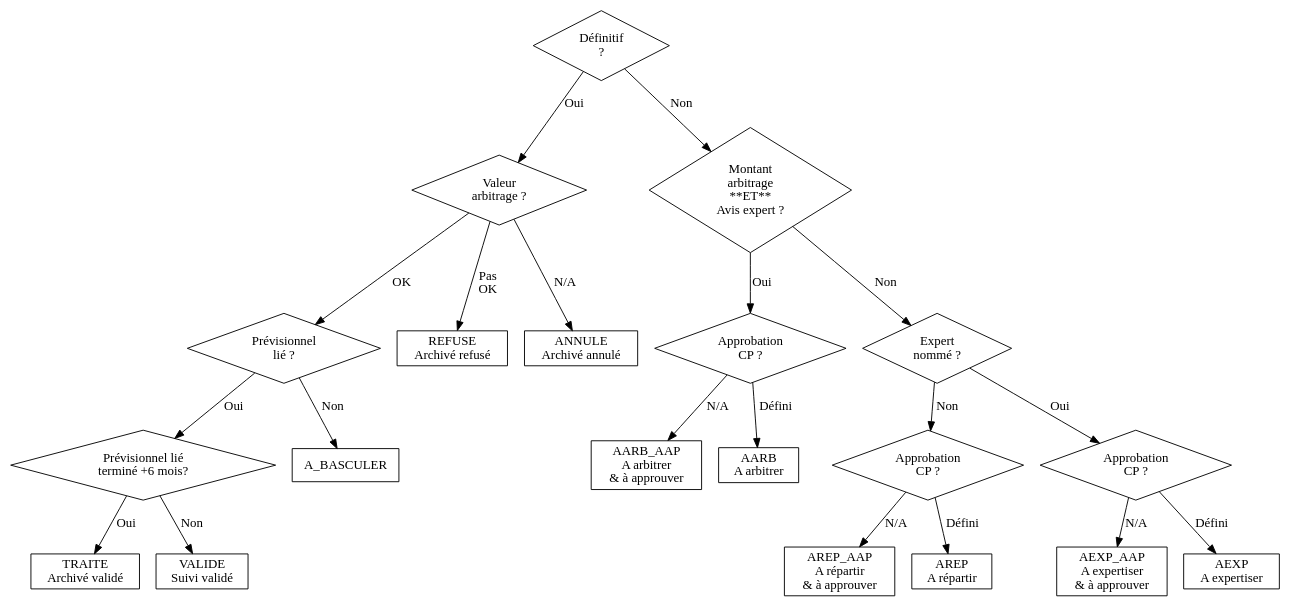
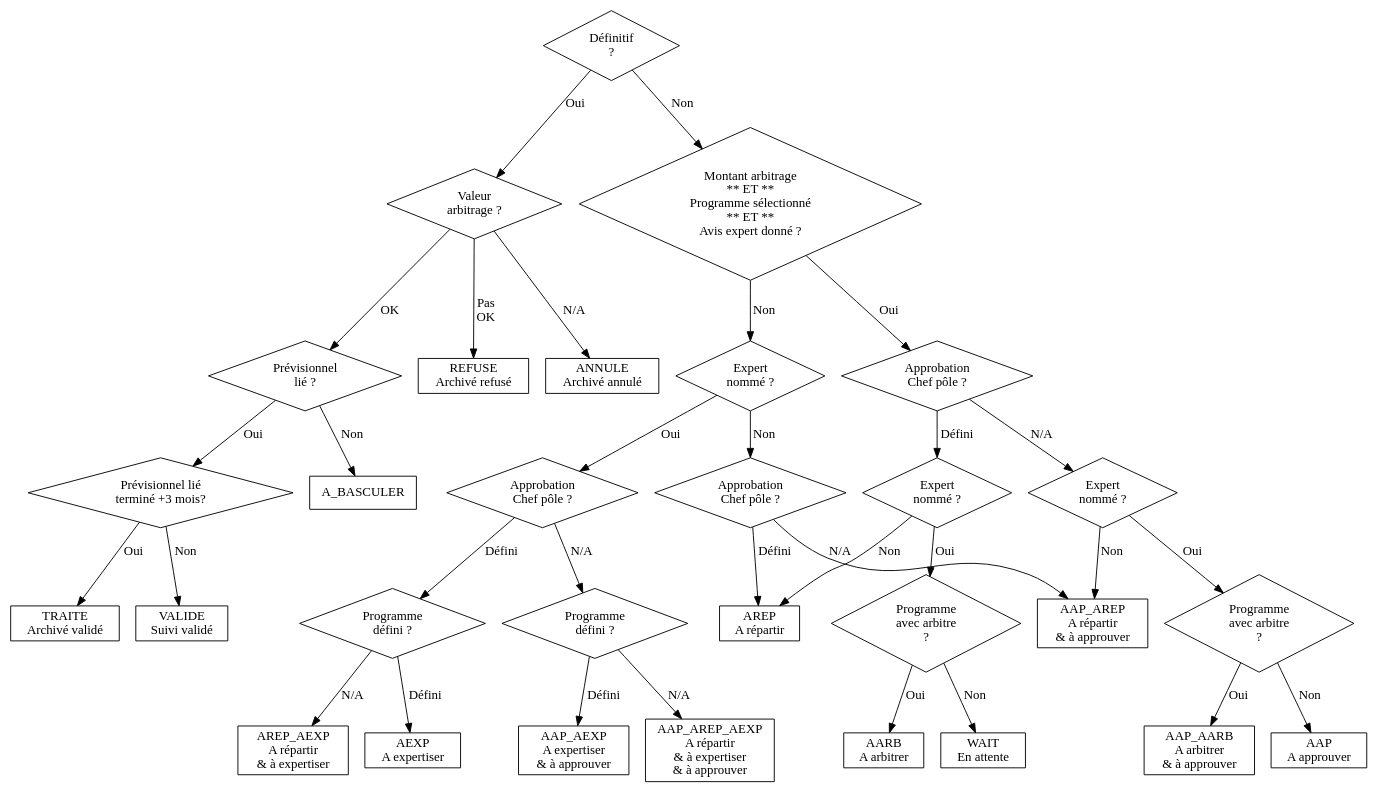
Before and after one commit to ajaborsk/biomaid: the diagram in dem/docs/internals/dem_states.gv, drawn with Graphviz. The commit also changed 5 other files, not shown here.

```diff
--- a/dem/docs/internals/dem_states.gv
+++ b/dem/docs/internals/dem_states.gv
@@ -1,41 +1,63 @@
 digraph  {
     gel [shape=diamond, label="Définitif\n?"];
     arb_val [shape=diamond, label="Valeur\narbitrage ?"];
     prev_not_null [shape=diamond, label="Prévisionnel\nlié ?"];
-    prev_fini_6 [shape=diamond, label="Prévisionnel lié\nterminé +6 mois?"];
+    prev_fini_3 [shape=diamond, label="Prévisionnel lié\nterminé +3 mois?"];
     REFUSE [shape=rect, label="REFUSE\nArchivé refusé"];
     ANNULE [shape=rect, label="ANNULE\nArchivé annulé"];
     TRAITE [shape=rect, label="TRAITE\nArchivé validé"];
     VALIDE [shape=rect, label="VALIDE\nSuivi validé"];
     A_BASCULER [shape=rect];
     gel -> arb_val [label="Oui"];
     arb_val -> REFUSE [label="Pas\nOK"];
     arb_val -> ANNULE [label="N/A"];
     arb_val -> prev_not_null [label="OK"];
-    prev_not_null -> prev_fini_6 [label="Oui"];
+    prev_not_null -> prev_fini_3 [label="Oui"];
     prev_not_null -> A_BASCULER [label = "Non"];
-    prev_fini_6 -> VALIDE [label="Non"]
-    prev_fini_6 -> TRAITE [label="Oui"]
-    AREP_AAP [shape=box, label="AREP_AAP\nA répartir\n& à approuver"]
-    AARB_AAP [shape=box, label="AARB_AAP\nA arbitrer\n& à approuver"]
-    AEXP_AAP [shape=box, label="AEXP_AAP\nA expertiser\n& à approuver"]
+    prev_fini_3 -> VALIDE [label="Non"]
+    prev_fini_3 -> TRAITE [label="Oui"]
+    AAP_AREP [shape=box, label="AAP_AREP\nA répartir\n& à approuver"]
+    AAP_AARB [shape=box, label="AAP_AARB\nA arbitrer\n& à approuver"]
+    AAP_AEXP [shape=box, label="AAP_AEXP\nA expertiser\n& à approuver"]
+    AREP_AEXP [shape=box, label="AREP_AEXP\nA répartir\n& à expertiser"]
+    AAP_AREP_AEXP [shape=box, label="AAP_AREP_AEXP\nA répartir\n& à expertiser\n& à approuver"]
     AREP [shape=box, label="AREP\nA répartir"]
     AARB [shape=box, label="AARB\nA arbitrer"]
     AEXP [shape=box, label="AEXP\nA expertiser"]
-    approbation_1 [shape=diamond, label="Approbation\nCP ?"]
-    approbation_2 [shape=diamond, label="Approbation\nCP ?"]
-    approbation_3 [shape=diamond, label="Approbation\nCP ?"]
-    expert [shape=diamond, label="Expert\nnommé ?"];
-    montant_arb_and_avis_defined [shape=diamond, label="Montant\narbitrage\n**ET**\nAvis expert ?"]
+    WAIT [shape=box, label="WAIT\nEn attente"]
+    AAP [shape=box, label="AAP\nA approuver"]
+    approbation_1 [shape=diamond, label="Approbation\nChef pôle ?"]
+    approbation_2 [shape=diamond, label="Approbation\nChef pôle ?"]
+    approbation_3 [shape=diamond, label="Approbation\nChef pôle ?"]
+    expert_1 [shape=diamond, label="Expert\nnommé ?"];
+    expert_2 [shape=diamond, label="Expert\nnommé ?"];
+    expert_3 [shape=diamond, label="Expert\nnommé ?"];
+    montant_arb_and_avis_defined [shape=diamond, label="Montant arbitrage\n** ET **\nProgramme sélectionné\n** ET **\nAvis expert donné ?"]
     gel -> montant_arb_and_avis_defined [label="Non"];
-    montant_arb_and_avis_defined -> expert [label="Non"];
+    montant_arb_and_avis_defined -> expert_1 [label="Non"];
     montant_arb_and_avis_defined -> approbation_1 [label = "Oui"]
-    expert -> approbation_2 [label="Non"];
-    expert -> approbation_3 [label="Oui"];
-    approbation_1 -> AARB [label="Défini"];
-    approbation_1 -> AARB_AAP [label="N/A"];
+    expert_1 -> approbation_2 [label="Non"];
+    expert_1 -> approbation_3 [label="Oui"];
+    arbitre_1 [shape=diamond, label="Programme\navec arbitre\n?"];
+    arbitre_2 [shape=diamond, label="Programme\navec arbitre\n?"];
+    approbation_1 -> expert_2 [label="Défini"];
+    expert_2 -> arbitre_1 [label="Oui"];
+    arbitre_1 -> AARB [label="Oui"];
+    arbitre_1 -> WAIT [label="Non"];
+    expert_2 -> AREP [label="Non"];
+    approbation_1 -> expert_3 [label="N/A"];
+    expert_3 -> arbitre_2 [label="Oui"];
+    arbitre_2 -> AAP_AARB [label="Oui"];
+    arbitre_2 -> AAP [label="Non"];
+    expert_3 -> AAP_AREP [label="Non"];
     approbation_2 -> AREP [label="Défini"];
-    approbation_2 -> AREP_AAP [label="N/A"];
-    approbation_3 -> AEXP [label="Défini"];
-    approbation_3 -> AEXP_AAP [label="N/A"];
+    approbation_2 -> AAP_AREP [label="N/A"];
+    prgm_set_1 [shape=diamond, label="Programme\ndéfini ?"];
+    prgm_set_2 [shape=diamond, label="Programme\ndéfini ?"];
+    approbation_3 -> prgm_set_1 [label="Défini"];
+    approbation_3 -> prgm_set_2 [label="N/A"];
+    prgm_set_1 -> AEXP [label="Défini"];
+    prgm_set_1 -> AREP_AEXP [label="N/A"];
+    prgm_set_2 -> AAP_AEXP [label="Défini"];
+    prgm_set_2 -> AAP_AREP_AEXP [label="N/A"];
 }
```
